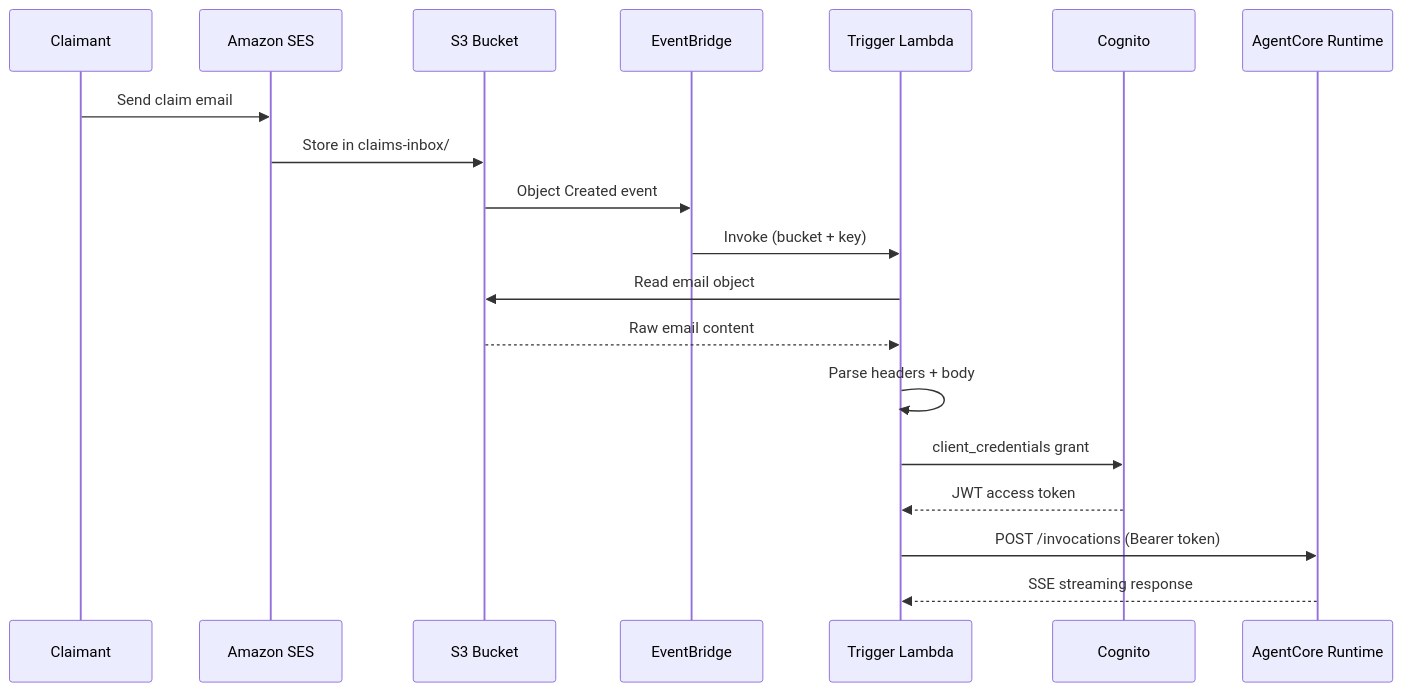
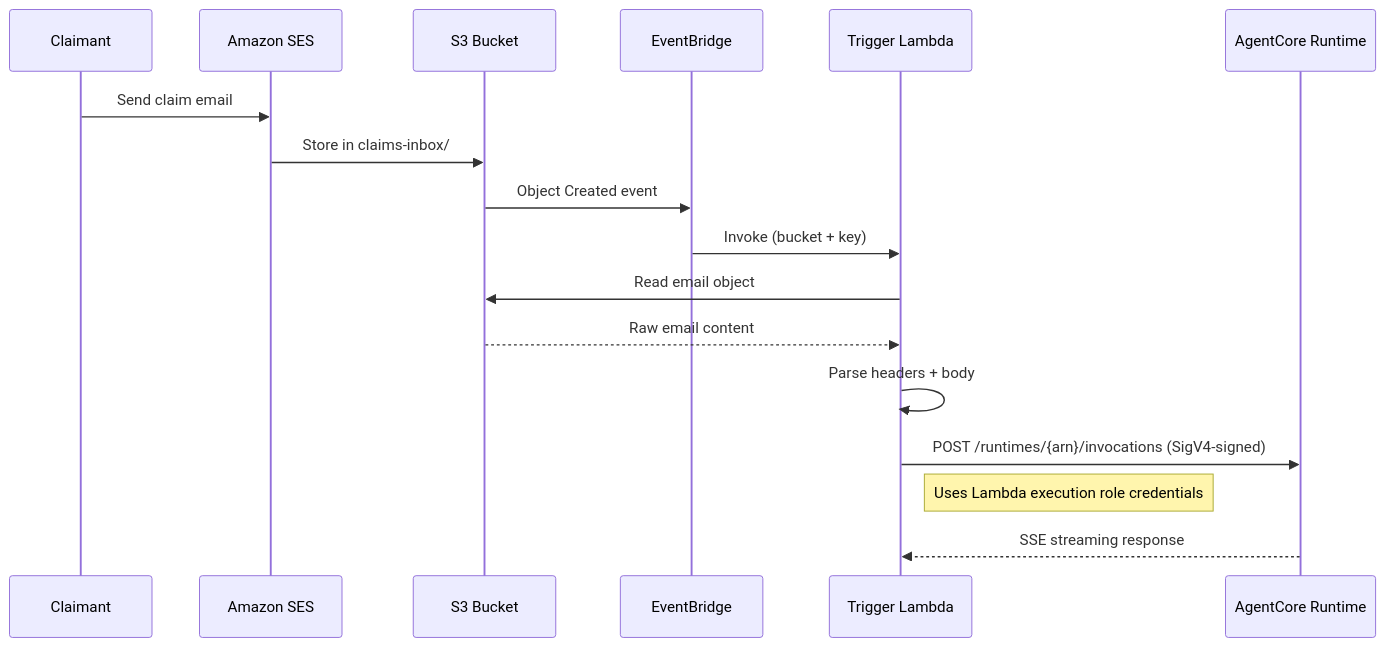
One commit to awslabs/amazon-bedrock-agentcore-samples changed the first of 4 diagrams in 02-use-cases/02-workflow-automation-agents/event-driven-claims-agent/docs/ARCHITECTURE.md. Above: the diagram before and after it, drawn with Mermaid. The commit also changed other lines of this file and 15 other files, not shown here.

First line of the commit message:
docs: update architecture, decisions, deployment, and configuration docs

````diff
--- a/02-use-cases/02-workflow-automation-agents/event-driven-claims-agent/docs/ARCHITECTURE.md
+++ b/02-use-cases/02-workflow-automation-agents/event-driven-claims-agent/docs/ARCHITECTURE.md
@@ -92,22 +93,20 @@
 ```mermaid
 sequenceDiagram
     participant Claimant
     participant SES as Amazon SES
     participant S3 as S3 Bucket
     participant EB as EventBridge
     participant Trigger as Trigger Lambda
-    participant Cognito
     participant Runtime as AgentCore Runtime
 
     Claimant ->> SES: Send claim email
     SES ->> S3: Store in claims-inbox/
     S3 ->> EB: Object Created event
     EB ->> Trigger: Invoke (bucket + key)
     Trigger ->> S3: Read email object
     S3 -->> Trigger: Raw email content
     Trigger ->> Trigger: Parse headers + body
-    Trigger ->> Cognito: client_credentials grant
-    Cognito -->> Trigger: JWT access token
-    Trigger ->> Runtime: POST /invocations (Bearer token)
+    Trigger ->> Runtime: POST /runtimes/{arn}/invocations (SigV4-signed)
+    Note right of Trigger: Uses Lambda execution role credentials
     Runtime -->> Trigger: SSE streaming response
 ```
````
